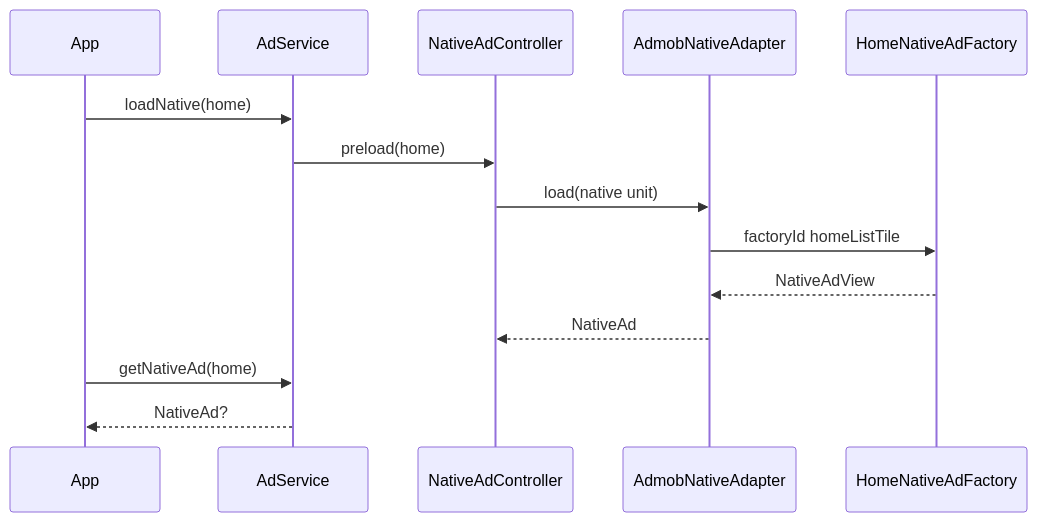
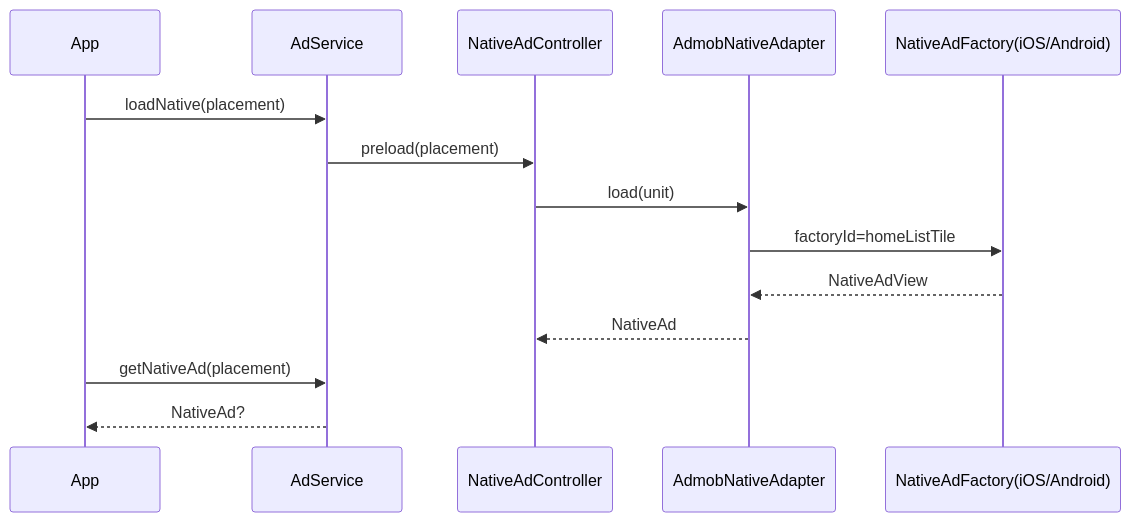
Before and after one commit to yanmingLiu/flutter_ad_plugin: the third of 3 diagrams in docs/sequence.md, drawn with Mermaid. The commit also changed other lines of this file and 71 other files, not shown here.

````diff
--- a/docs/sequence.md
+++ b/docs/sequence.md
@@ -51,17 +45,17 @@
 ```mermaid
 sequenceDiagram
   participant App
   participant Service as AdService
   participant Native as NativeAdController
   participant Adapter as AdmobNativeAdapter
-  participant Android as HomeNativeAdFactory
+  participant Factory as NativeAdFactory(iOS/Android)
 
-  App->>Service: loadNative(home)
-  Service->>Native: preload(home)
-  Native->>Adapter: load(native unit)
-  Adapter->>Android: factoryId homeListTile
-  Android-->>Adapter: NativeAdView
+  App->>Service: loadNative(placement)
+  Service->>Native: preload(placement)
+  Native->>Adapter: load(unit)
+  Adapter->>Factory: factoryId=homeListTile
+  Factory-->>Adapter: NativeAdView
   Adapter-->>Native: NativeAd
-  App->>Service: getNativeAd(home)
+  App->>Service: getNativeAd(placement)
   Service-->>App: NativeAd?
 ```
````
